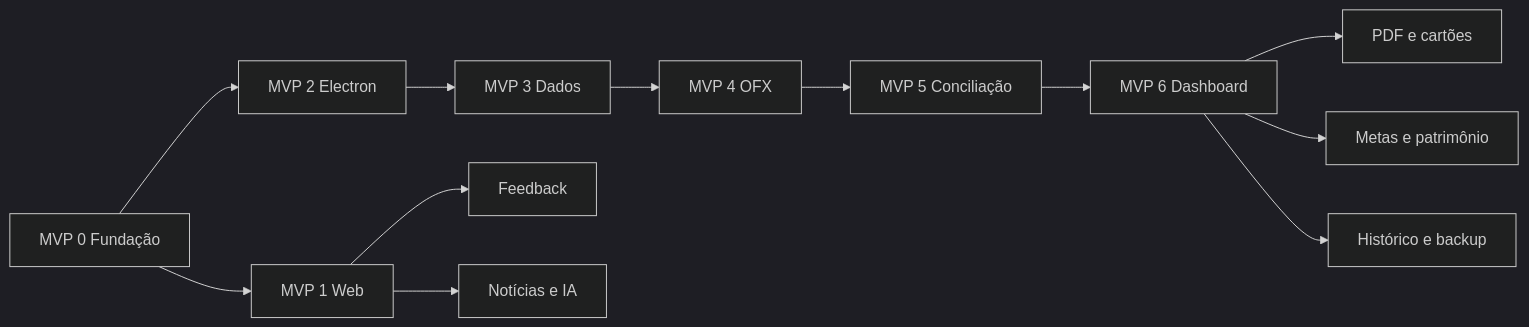
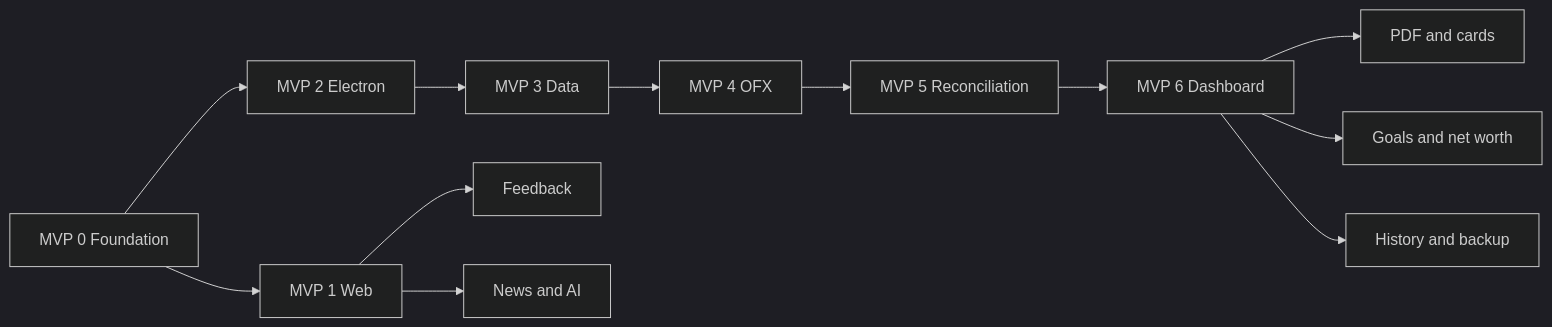
Before and after one commit to luizfelipe-pacifico/talentum: the diagram in docs/ROADMAP.md, drawn with Mermaid (dark theme). The commit also changed other lines of this file and 56 other files, not shown here.

````diff
--- a/docs/ROADMAP.md
+++ b/docs/ROADMAP.md
@@ -239,14 +275,14 @@
 ```mermaid
 flowchart LR
-    F[MVP 0 Fundação] --> W[MVP 1 Web]
+    F[MVP 0 Foundation] --> W[MVP 1 Web]
     F --> E[MVP 2 Electron]
-    E --> D[MVP 3 Dados]
+    E --> D[MVP 3 Data]
     D --> O[MVP 4 OFX]
-    O --> C[MVP 5 Conciliação]
+    O --> C[MVP 5 Reconciliation]
     C --> M[MVP 6 Dashboard]
-    M --> P[PDF e cartões]
-    M --> G[Metas e patrimônio]
-    M --> H[Histórico e backup]
+    M --> P[PDF and cards]
+    M --> G[Goals and net worth]
+    M --> H[History and backup]
     W --> FB[Feedback]
-    W --> N[Notícias e IA]
+    W --> N[News and AI]
 ```
````
